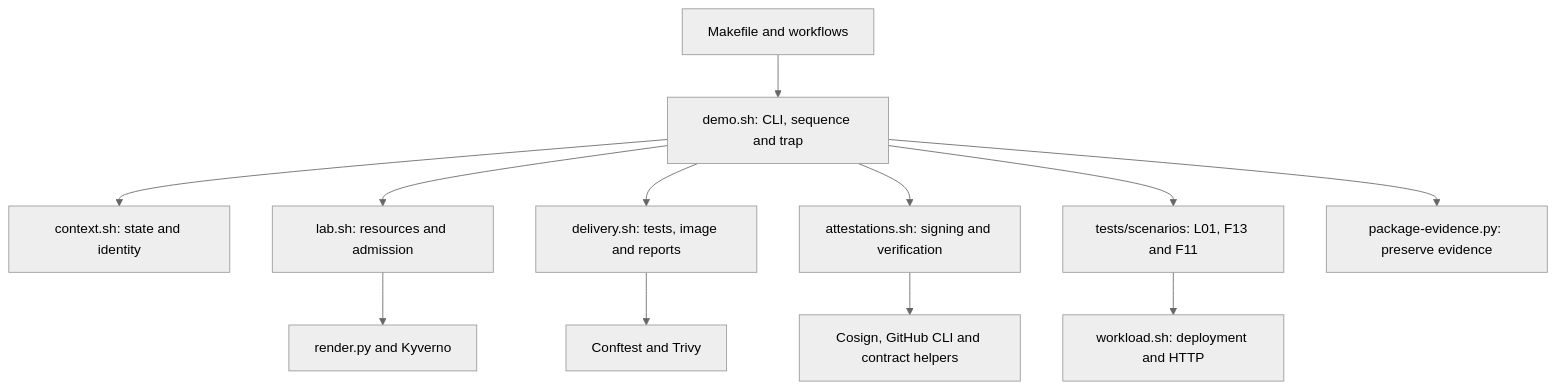
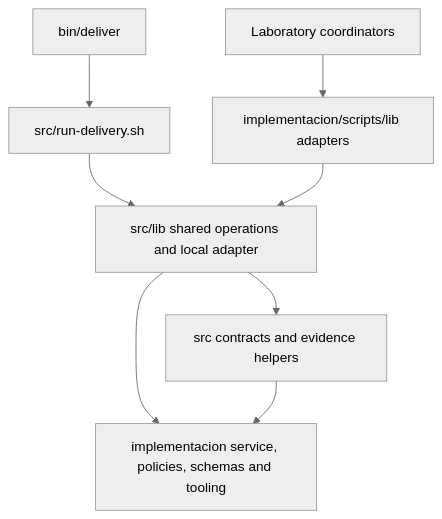
One commit to tfm-goldenpath/golden-path-lab changed the second of 2 diagrams in implementacion/docs/EN/architecture.md. Above: the diagram before and after it, drawn with Mermaid (neutral theme). The commit also changed other lines of this file and 20 other files, not shown here.

````diff
--- a/implementacion/docs/EN/architecture.md
+++ b/implementacion/docs/EN/architecture.md
@@ -125,14 +103,10 @@
 ```mermaid
-flowchart TB
-    E[Makefile and workflows] --> O[demo.sh: CLI, sequence and trap]
-    O --> C[context.sh: state and identity]
-    O --> L[lab.sh: resources and admission]
-    O --> D[delivery.sh: tests, image and reports]
-    O --> A[attestations.sh: signing and verification]
-    O --> T[tests/scenarios: L01, F13 and F11]
-    T --> W[workload.sh: deployment and HTTP]
-    D --> P[Conftest and Trivy]
-    A --> V[Cosign, GitHub CLI and contract helpers]
-    L --> K[render.py and Kyverno]
-    O --> R[package-evidence.py: preserve evidence]
+flowchart TD
+    E[bin/deliver] --> C[src/run-delivery.sh]
+    C --> S[src/lib shared operations and local adapter]
+    L[Laboratory coordinators] --> A[implementacion/scripts/lib adapters]
+    A --> S
+    S --> H[src contracts and evidence helpers]
+    S --> I[implementacion service, policies, schemas and tooling]
+    H --> I
 ```
````
